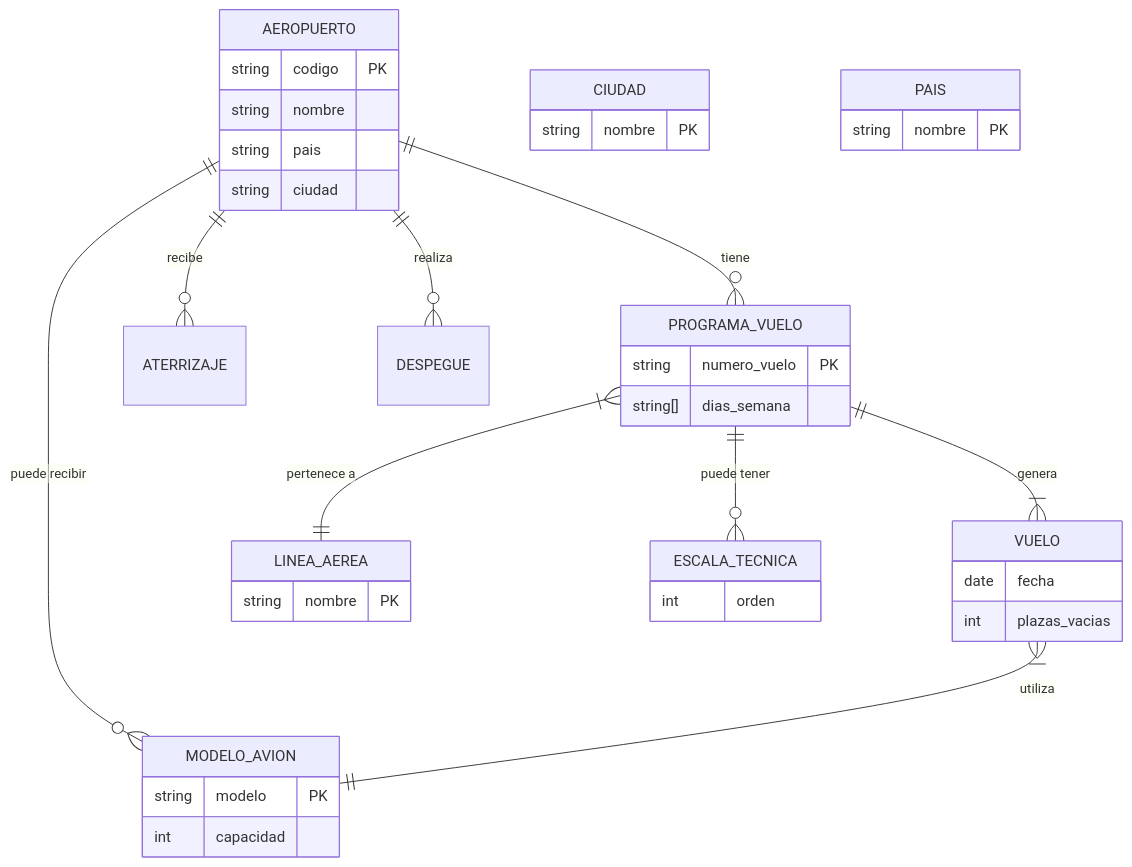
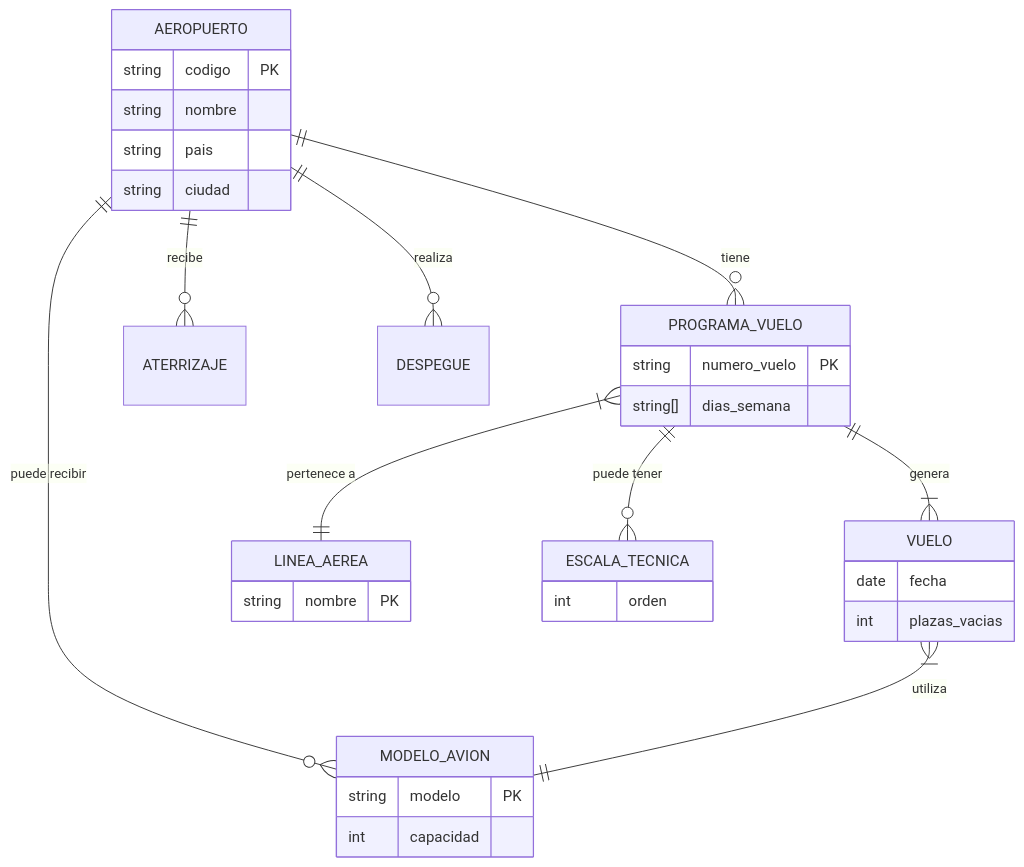
Before and after one commit to Joannesjmr-dev/Joannesjmr-dev.github.io: the diagram in diagrama-er-vuelos.md, drawn with Mermaid.

Commit message:
Update diagrama-er-vuelos.md
Se elimino los campos ciudad y pais

````diff
--- a/diagrama-er-vuelos.md
+++ b/diagrama-er-vuelos.md
@@ -1,50 +1,42 @@
 ```mermaid
 erDiagram
     AEROPUERTO ||--o{ PROGRAMA_VUELO : "tiene"
     AEROPUERTO ||--o{ ATERRIZAJE : "recibe"
     AEROPUERTO ||--o{ DESPEGUE : "realiza"
     AEROPUERTO ||--o{ MODELO_AVION : "puede recibir"
     PROGRAMA_VUELO ||--|{ VUELO : "genera"
     PROGRAMA_VUELO }|--|| LINEA_AEREA : "pertenece a"
     PROGRAMA_VUELO ||--o{ ESCALA_TECNICA : "puede tener"
     VUELO }|--|| MODELO_AVION : "utiliza"
     
     AEROPUERTO {
         string codigo PK
         string nombre
         string pais
         string ciudad
     }
     
     PROGRAMA_VUELO {
         string numero_vuelo PK
         string[] dias_semana
     }
     
     VUELO {
         date fecha
         int plazas_vacias
     }
     
     MODELO_AVION {
         string modelo PK
         int capacidad
     }
     
-    CIUDAD {
-        string nombre PK
-    }
-    
-    PAIS {
-        string nombre PK
-    }
-    
     LINEA_AEREA {
         string nombre PK
     }
     
     ESCALA_TECNICA {
         int orden
     }
 
 ```
````
